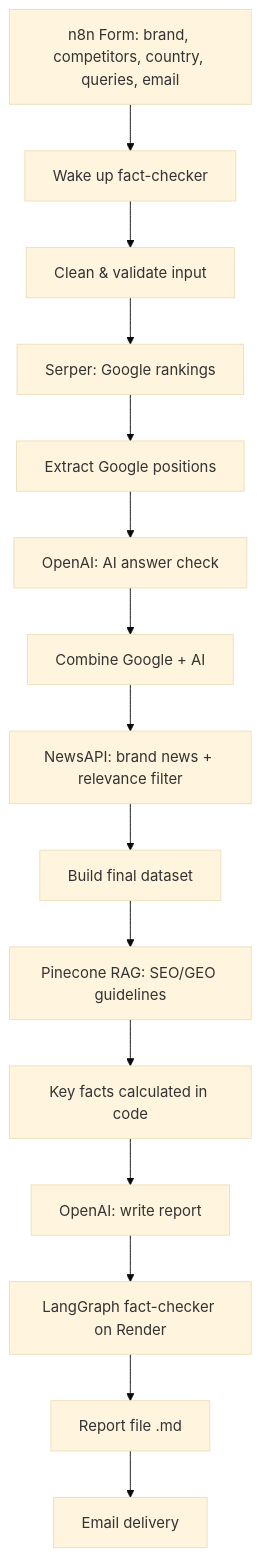
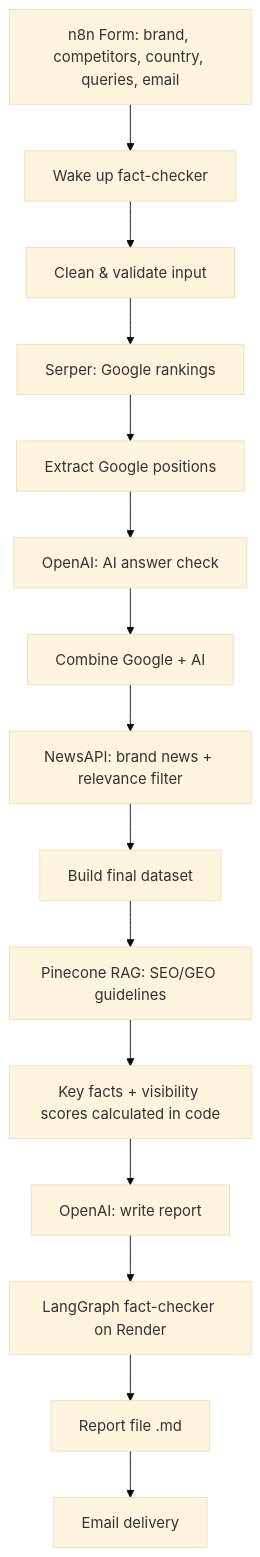
Before and after one commit to barsha-mishra/ai-search-visibility-agent: the first of 2 diagrams in README.md, drawn with Mermaid (base theme). The commit also changed other lines of this file and 1 other file, not shown here.

Commit message:
Add workflow screenshot to README

````diff
--- a/README.md
+++ b/README.md
@@ -39,17 +41,17 @@
 ```mermaid
 flowchart TD
     A[n8n Form: brand, competitors, country, queries, email] --> B[Wake up fact-checker]
     B --> C[Clean & validate input]
     C --> D[Serper: Google rankings]
     D --> E[Extract Google positions]
     E --> F[OpenAI: AI answer check]
     F --> G[Combine Google + AI]
     G --> H[NewsAPI: brand news + relevance filter]
     H --> I[Build final dataset]
     I --> J[Pinecone RAG: SEO/GEO guidelines]
-    J --> K[Key facts calculated in code]
+    J --> K[Key facts + visibility scores calculated in code]
     K --> L[OpenAI: write report]
     L --> M[LangGraph fact-checker on Render]
     M --> N[Report file .md]
     N --> O[Email delivery]
 ```
````
